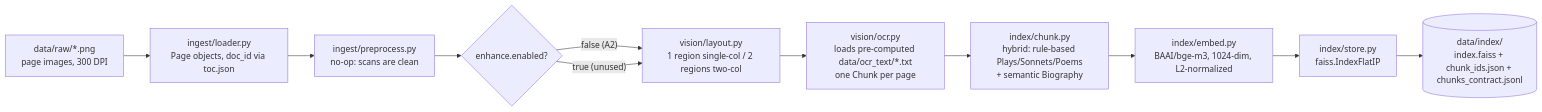
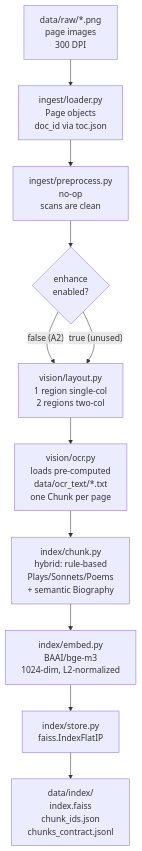
Before and after one commit to NawrizTurjo/doc-agent-G08: the diagram in reports/pipeline_diagram.md, drawn with Mermaid. The commit also changed other lines of this file, not shown here.

````diff
--- a/reports/pipeline_diagram.md
+++ b/reports/pipeline_diagram.md
@@ -3,13 +3,13 @@
 ```mermaid
-flowchart LR
-    A["data/raw/*.png<br/>page images, 300 DPI"] --> B["ingest/loader.py<br/>Page objects, doc_id via toc.json"]
-    B --> C["ingest/preprocess.py<br/>no-op: scans are clean"]
-    C --> D{"enhance.enabled?"}
-    D -->|"false (A2)"| E["vision/layout.py<br/>1 region single-col / 2 regions two-col"]
+flowchart TB
+    A["data/raw/*.png<br/>page images<br/>300 DPI"] --> B["ingest/loader.py<br/>Page objects<br/>doc_id via toc.json"]
+    B --> C["ingest/preprocess.py<br/>no-op<br/>scans are clean"]
+    C --> D{"enhance<br/>enabled?"}
+    D -->|"false (A2)"| E["vision/layout.py<br/>1 region single-col<br/>2 regions two-col"]
     D -->|"true (unused)"| E
-    E --> F["vision/ocr.py<br/>loads pre-computed data/ocr_text/*.txt<br/>one Chunk per page"]
-    F --> G["index/chunk.py<br/>hybrid: rule-based Plays/Sonnets/Poems<br/>+ semantic Biography"]
-    G --> H["index/embed.py<br/>BAAI/bge-m3, 1024-dim, L2-normalized"]
+    E --> F["vision/ocr.py<br/>loads pre-computed<br/>data/ocr_text/*.txt<br/>one Chunk per page"]
+    F --> G["index/chunk.py<br/>hybrid: rule-based<br/>Plays/Sonnets/Poems<br/>+ semantic Biography"]
+    G --> H["index/embed.py<br/>BAAI/bge-m3<br/>1024-dim, L2-normalized"]
     H --> I["index/store.py<br/>faiss.IndexFlatIP"]
-    I --> J[("data/index/<br/>index.faiss + chunk_ids.json + chunks_contract.jsonl")]
+    I --> J["data/index/<br/>index.faiss<br/>chunk_ids.json<br/>chunks_contract.jsonl"]
 ```
````
